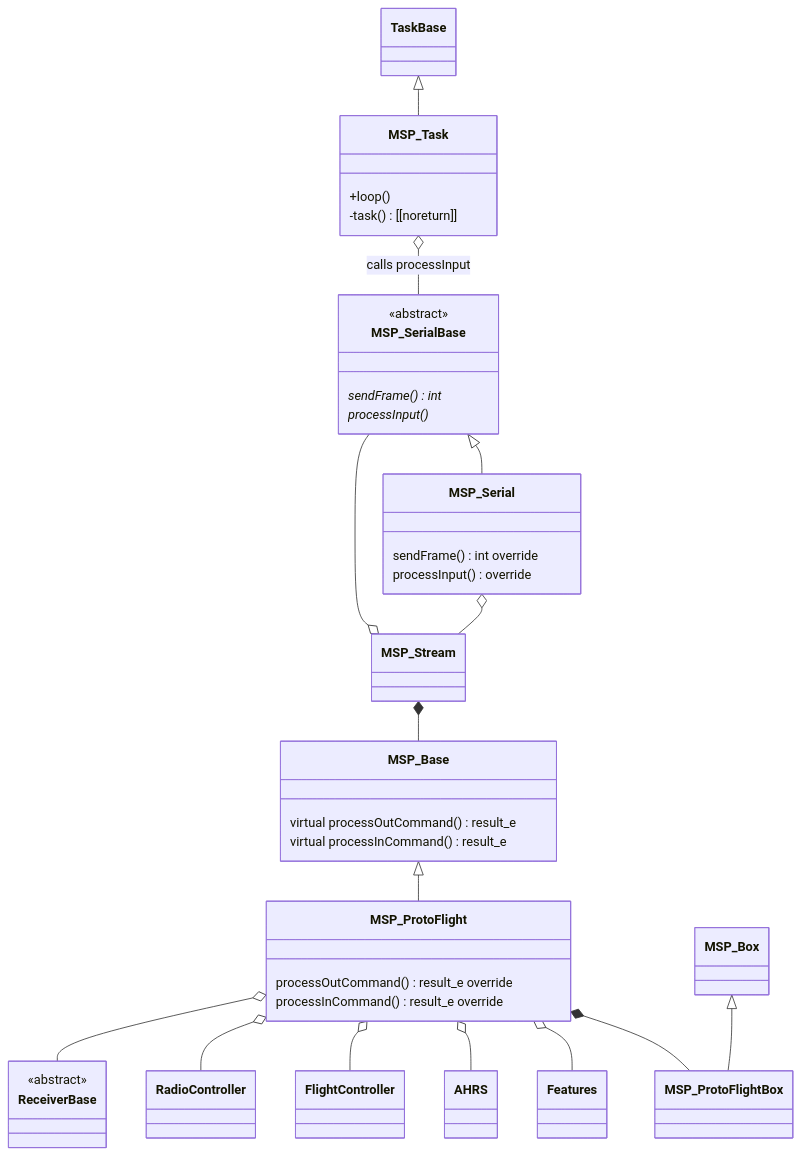
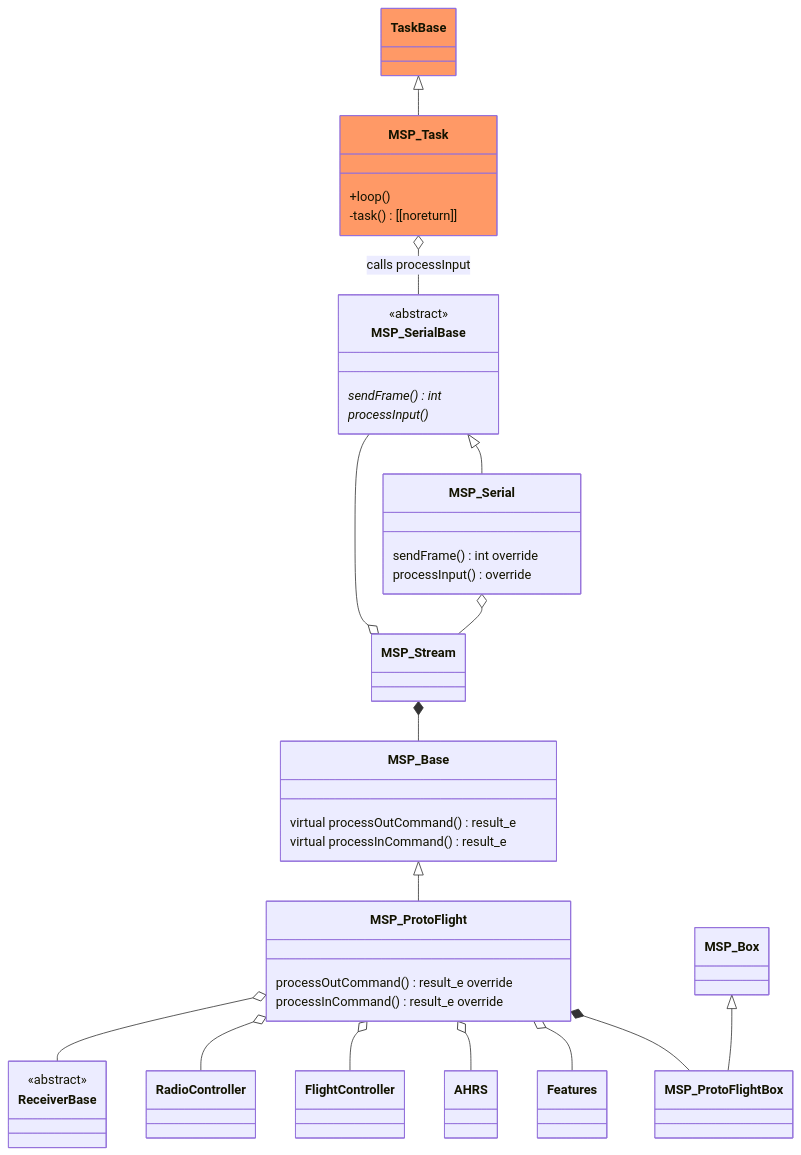
One commit to martinbudden/Protoflight changed the fourth of 5 diagrams in README.md. Above: the diagram before and after it, drawn with Mermaid. The commit also changed other lines of this file, not shown here.

Commit message:
Update class diagram.

````diff
--- a/README.md
+++ b/README.md
@@ -655,47 +675,51 @@
 ```mermaid
 classDiagram
     class MSP_SerialBase {
         <<abstract>>
         sendFrame() int *
         processInput() *
     }
     class MSP_Base {
         virtual processOutCommand() result_e
         virtual processInCommand() result_e
     }
     class MSP_Stream {
     }
     MSP_Stream *-- MSP_Base
     MSP_Stream o-- MSP_SerialBase
 
     MSP_SerialBase <|-- MSP_Serial
     class MSP_Serial {
         sendFrame() int override
         processInput() override
     }
     MSP_Serial o-- MSP_Stream
 
     MSP_Base <|-- MSP_ProtoFlight
     class MSP_ProtoFlight {
         processOutCommand() result_e override
         processInCommand() result_e override
     }
     MSP_ProtoFlight *-- MSP_ProtoFlightBox
     MSP_ProtoFlight o-- Features
     MSP_ProtoFlight o-- AHRS
     MSP_ProtoFlight o-- FlightController
     MSP_ProtoFlight o-- RadioController
     class ReceiverBase {
         <<abstract>>
     }
     MSP_ProtoFlight o-- ReceiverBase
 
     MSP_Box <|-- MSP_ProtoFlightBox
 
+    class TaskBase:::taskClass {
+    }
     TaskBase <|-- MSP_Task
-    class MSP_Task {
+    class MSP_Task:::taskClass {
         +loop()
         -task() [[noreturn]]
     }
     MSP_Task o-- MSP_SerialBase : calls processInput
+
+    classDef taskClass fill:#f96
 ```
````
